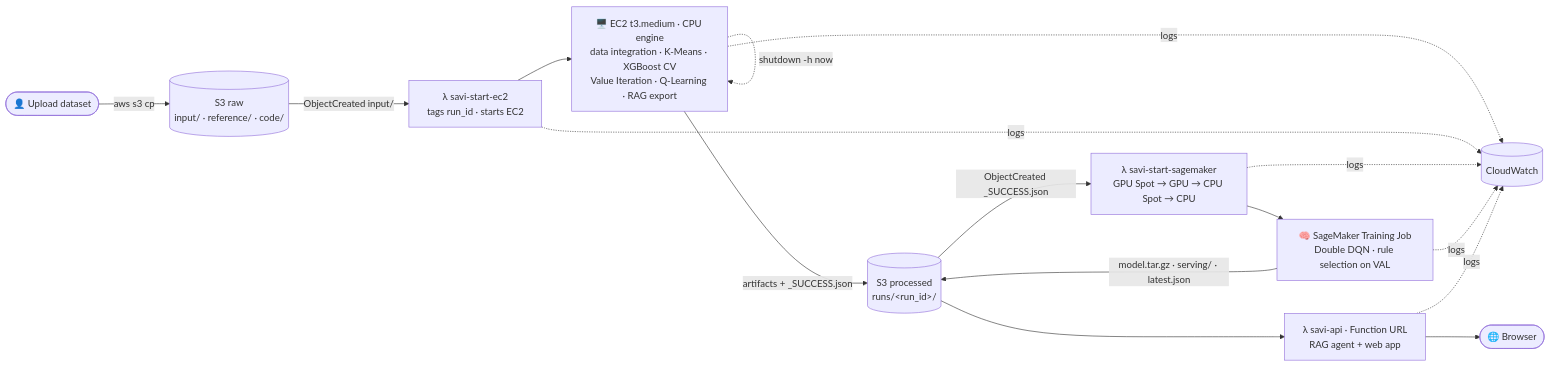
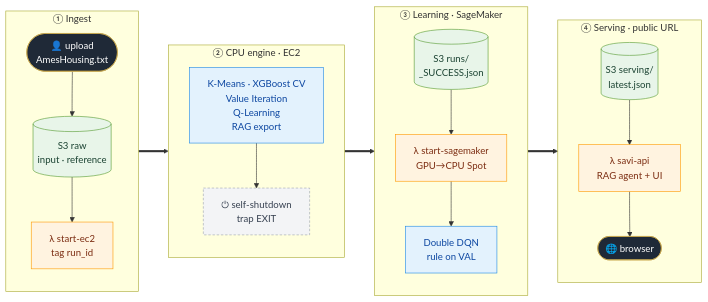
The second of 4 diagrams in README.md (Julian-Rincon/ames-housing-ml), drawn with Mermaid before and after one commit. The commit also changed other lines of this file, not shown here.

Commit message:
docs: clearer architecture and agent diagrams

````diff
--- a/README.md
+++ b/README.md
@@ -82,14 +82,25 @@
 ```mermaid
 flowchart LR
-    U([👤 Upload dataset]) -->|aws s3 cp| RAW[(S3 raw<br/>input/ · reference/ · code/)]
-    RAW -->|ObjectCreated input/| L1[λ savi-start-ec2<br/>tags run_id · starts EC2]
-    L1 --> EC2[🖥️ EC2 t3.medium · CPU engine<br/>data integration · K-Means · XGBoost CV<br/>Value Iteration · Q-Learning · RAG export]
-    EC2 -.->|shutdown -h now| EC2
-    EC2 -->|artifacts + _SUCCESS.json| PROC[(S3 processed<br/>runs/&lt;run_id&gt;/)]
-    PROC -->|ObjectCreated _SUCCESS.json| L2[λ savi-start-sagemaker<br/>GPU Spot → GPU → CPU Spot → CPU]
-    L2 --> SM[🧠 SageMaker Training Job<br/>Double DQN · rule selection on VAL]
-    SM -->|model.tar.gz · serving/ · latest.json| PROC
-    PROC --> API[λ savi-api · Function URL<br/>RAG agent + web app]
-    API --> B([🌐 Browser])
-    EC2 & L1 & L2 & SM & API -.->|logs| CW[(CloudWatch)]
+    subgraph S1 ["① Ingest"]
+        direction TB
+        U([👤 upload<br/>AmesHousing.txt]):::user --> RAW[(S3 raw<br/>input · reference)]:::store --> L1[λ start-ec2<br/>tag run_id]:::lambda
+    end
+    subgraph S2 ["② CPU engine · EC2"]
+        direction TB
+        EC2[K-Means · XGBoost CV<br/>Value Iteration<br/>Q-Learning<br/>RAG export]:::compute --> OFF[⏻ self-shutdown<br/>trap EXIT]:::off
+    end
+    subgraph S3 ["③ Learning · SageMaker"]
+        direction TB
+        RUNS[(S3 runs/<br/>_SUCCESS.json)]:::store --> L2[λ start-sagemaker<br/>GPU→CPU Spot]:::lambda --> SM[Double DQN<br/>rule on VAL]:::compute
+    end
+    subgraph S4 ["④ Serving · public URL"]
+        direction TB
+        SERV[(S3 serving/<br/>latest.json)]:::store --> API[λ savi-api<br/>RAG agent + UI]:::lambda --> B([🌐 browser]):::user
+    end
+    S1 ==> S2 ==> S3 ==> S4
+    classDef user fill:#1f2937,stroke:#c9a84c,color:#fff
+    classDef store fill:#e8f5e9,stroke:#569A31,color:#1b4332
+    classDef lambda fill:#fff3e0,stroke:#FF9900,color:#7c2d12
+    classDef compute fill:#e3f2fd,stroke:#1e88e5,color:#0d47a1
+    classDef off fill:#f3f4f6,stroke:#9ca3af,color:#374151,stroke-dasharray:4 3
 ```
````
